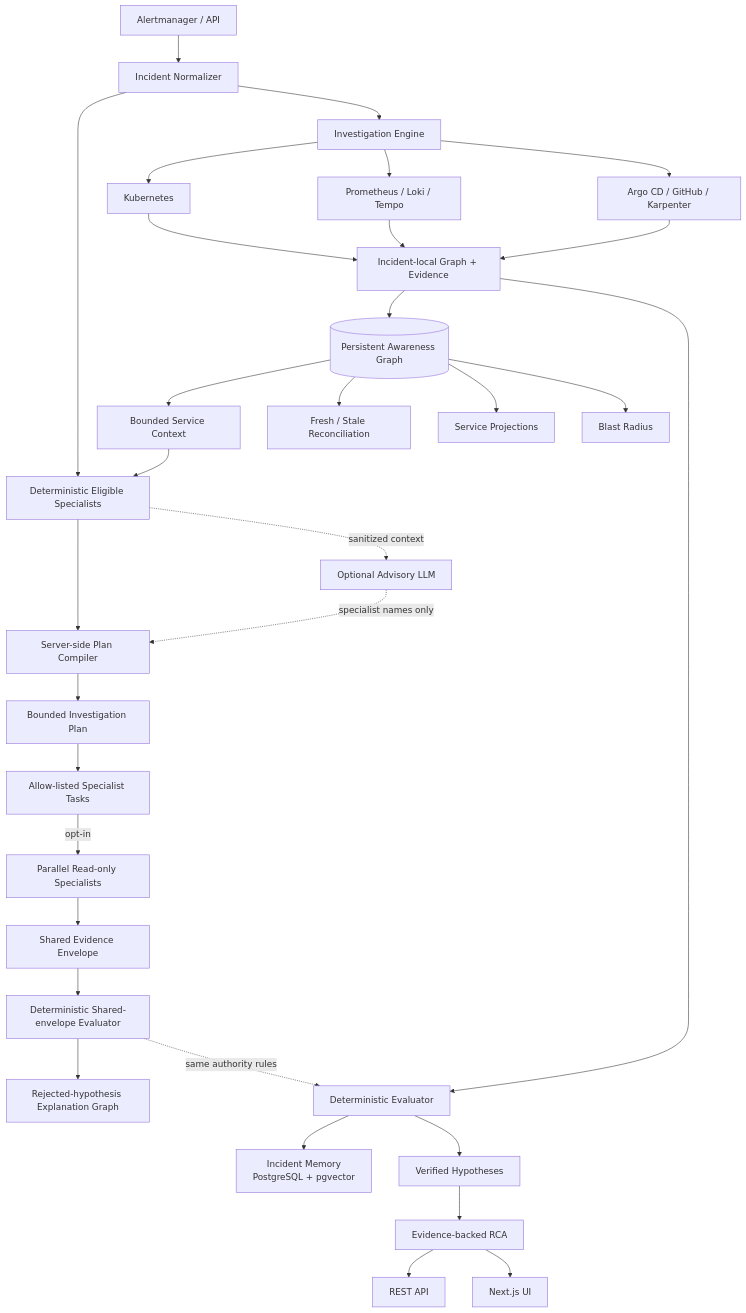
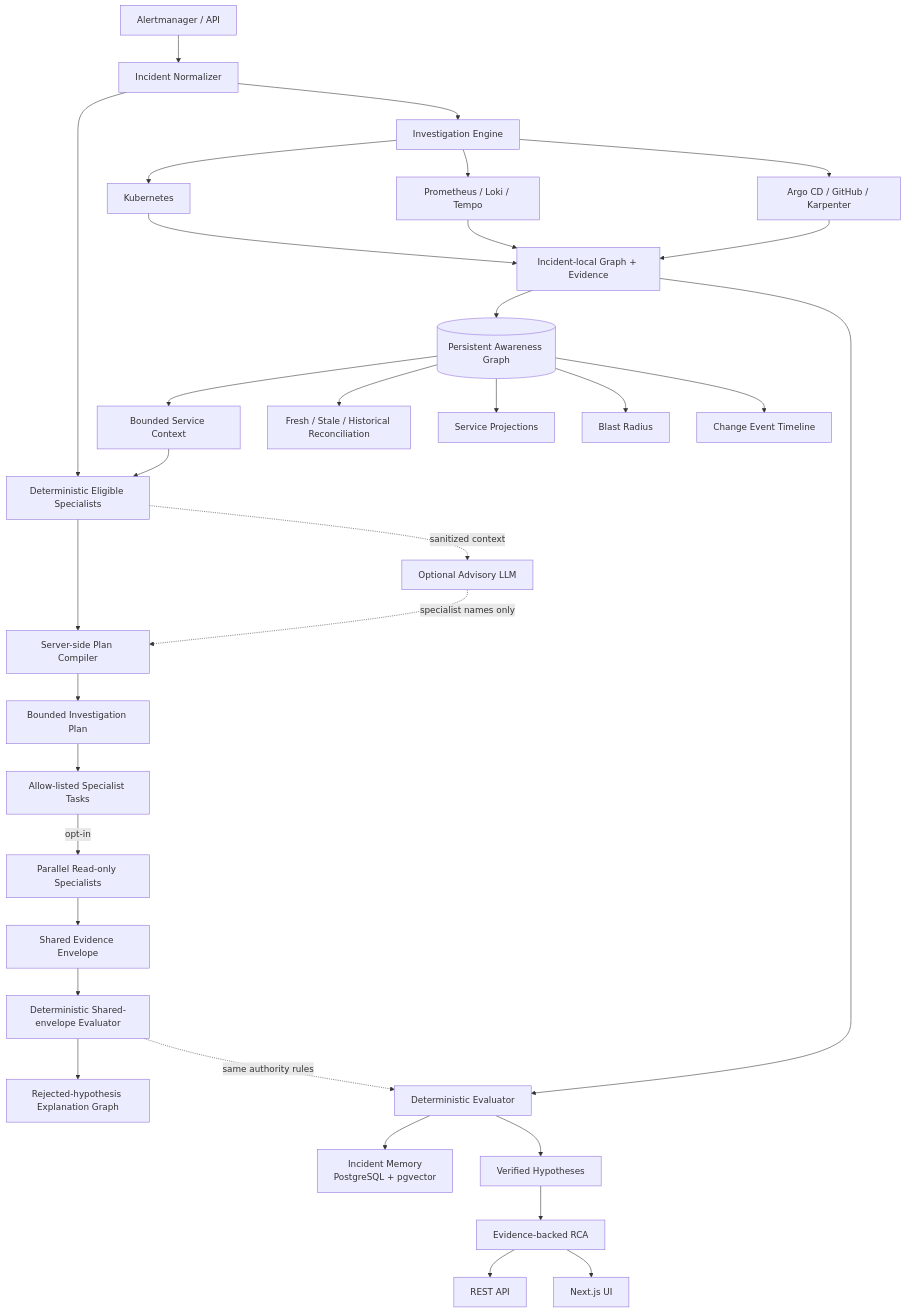
One commit to marcocristofolini/ai-sre-rca changed the first of 7 diagrams in README.md. Above: the diagram before and after it, drawn with Mermaid. The commit also changed other lines of this file, not shown here.

Commit message:
docs: document first-class change events

````diff
--- a/README.md
+++ b/README.md
@@ -119,38 +121,39 @@
 ```mermaid
 flowchart TD
     A[Alertmanager / API] --> N[Incident Normalizer]
     N --> EL[Deterministic Eligible Specialists]
     N --> E[Investigation Engine]
 
     G[(Persistent Awareness Graph)] --> C[Bounded Service Context]
     C --> EL
     EL --> PC[Server-side Plan Compiler]
     EL -. sanitized context .-> ADV[Optional Advisory LLM]
     ADV -. specialist names only .-> PC
     PC --> P[Bounded Investigation Plan]
     P --> T[Allow-listed Specialist Tasks]
     T -->|opt-in| X[Parallel Read-only Specialists]
     X --> SE[Shared Evidence Envelope]
     SE --> V[Deterministic Shared-envelope Evaluator]
     V --> EG[Rejected-hypothesis Explanation Graph]
 
     E --> K[Kubernetes]
     E --> O[Prometheus / Loki / Tempo]
     E --> CH[Argo CD / GitHub / Karpenter]
     K --> L[Incident-local Graph + Evidence]
     O --> L
     CH --> L
 
     L --> G
-    G --> R[Fresh / Stale Reconciliation]
+    G --> R[Fresh / Stale / Historical Reconciliation]
     G --> S[Service Projections]
     G --> B[Blast Radius]
+    G --> CE[Change Event Timeline]
 
     L --> D[Deterministic Evaluator]
     V -. same authority rules .-> D
     D --> M[Incident Memory<br/>PostgreSQL + pgvector]
     D --> H[Verified Hypotheses]
     H --> RCA[Evidence-backed RCA]
     RCA --> API[REST API]
     RCA --> UI[Next.js UI]
 ```
````
